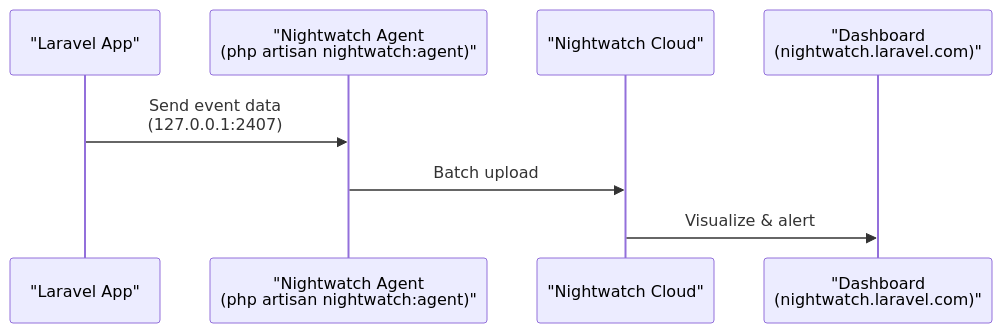
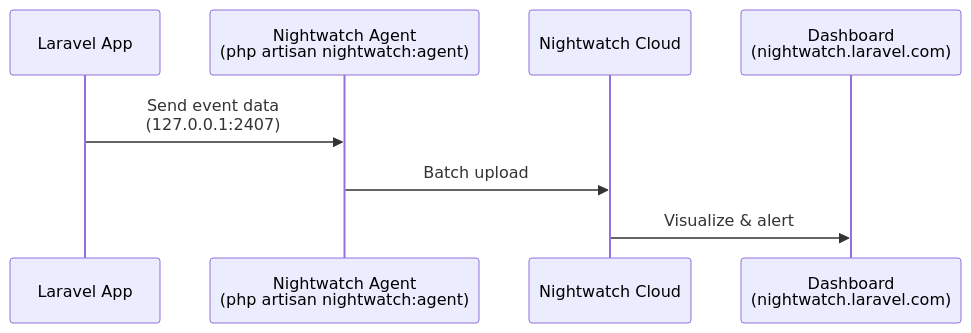
Before and after one commit to kawax/mintlify-docs: the second of 3 diagrams in en/blog/nightwatch-introduction.mdx, drawn with Mermaid. The commit also changed 2 other files, not shown here.

````diff
--- a/en/blog/nightwatch-introduction.mdx
+++ b/en/blog/nightwatch-introduction.mdx
@@ -45,11 +45,11 @@
 ```mermaid
 sequenceDiagram
-    participant App as "Laravel App"
-    participant Agent as "Nightwatch Agent<br>(php artisan nightwatch:agent)"
-    participant Cloud as "Nightwatch Cloud"
-    participant Dashboard as "Dashboard<br>(nightwatch.laravel.com)"
+    participant App as Laravel App
+    participant Agent as Nightwatch Agent<br>(php artisan nightwatch:agent)
+    participant Cloud as Nightwatch Cloud
+    participant Dashboard as Dashboard<br>(nightwatch.laravel.com)
 
     App->>Agent: Send event data<br>(127.0.0.1:2407)
     Agent->>Cloud: Batch upload
     Cloud->>Dashboard: Visualize & alert
 ```
````
